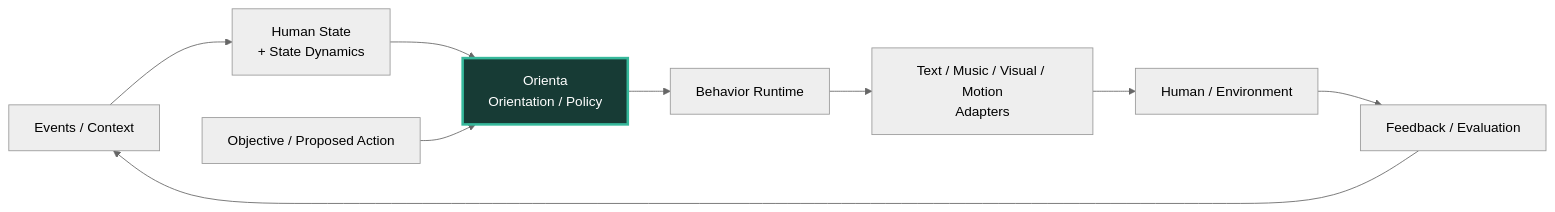
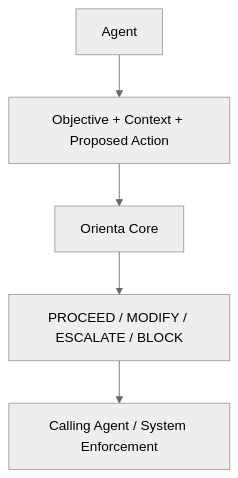
Before and after one commit to serenaw951-ai998/orientation-gate: the diagram in README.md, drawn with Mermaid (neutral theme). The commit also changed other lines of this file and 36 other files, not shown here.

````diff
--- a/README.md
+++ b/README.md
@@ -84,13 +19,7 @@
 ```mermaid
-flowchart LR
-    EV["Events / Context"] --> HS["Human State<br/>+ State Dynamics"]
-    HS --> OR["Orienta<br/>Orientation / Policy"]
-    GO["Objective / Proposed Action"] --> OR
-    OR --> BR["Behavior Runtime"]
-    BR --> AD["Text / Music / Visual / Motion<br/>Adapters"]
-    AD --> HR["Human / Environment"]
-    HR --> FB["Feedback / Evaluation"]
-    FB --> EV
-    classDef focus fill:#173b35,stroke:#36b89b,color:#ffffff,stroke-width:3px;
-    class OR focus;
+flowchart TD
+    A["Agent"] --> I["Objective + Context + Proposed Action"]
+    I --> O["Orienta Core"]
+    O --> D["PROCEED / MODIFY / ESCALATE / BLOCK"]
+    D --> E["Calling Agent / System Enforcement"]
 ```
````
